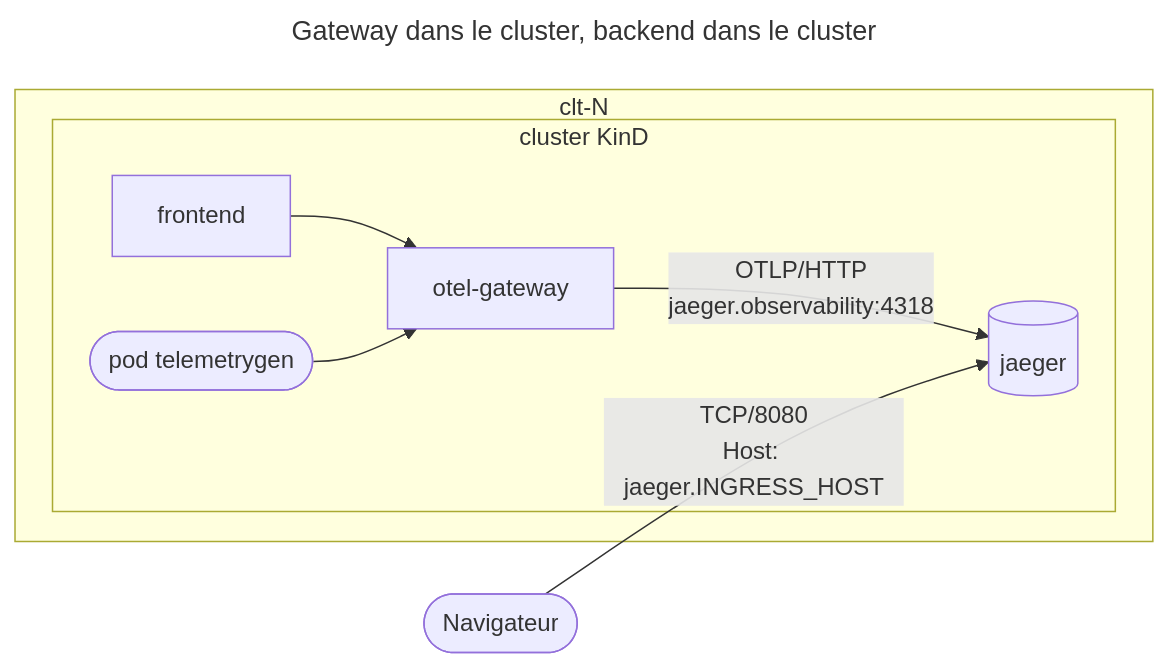
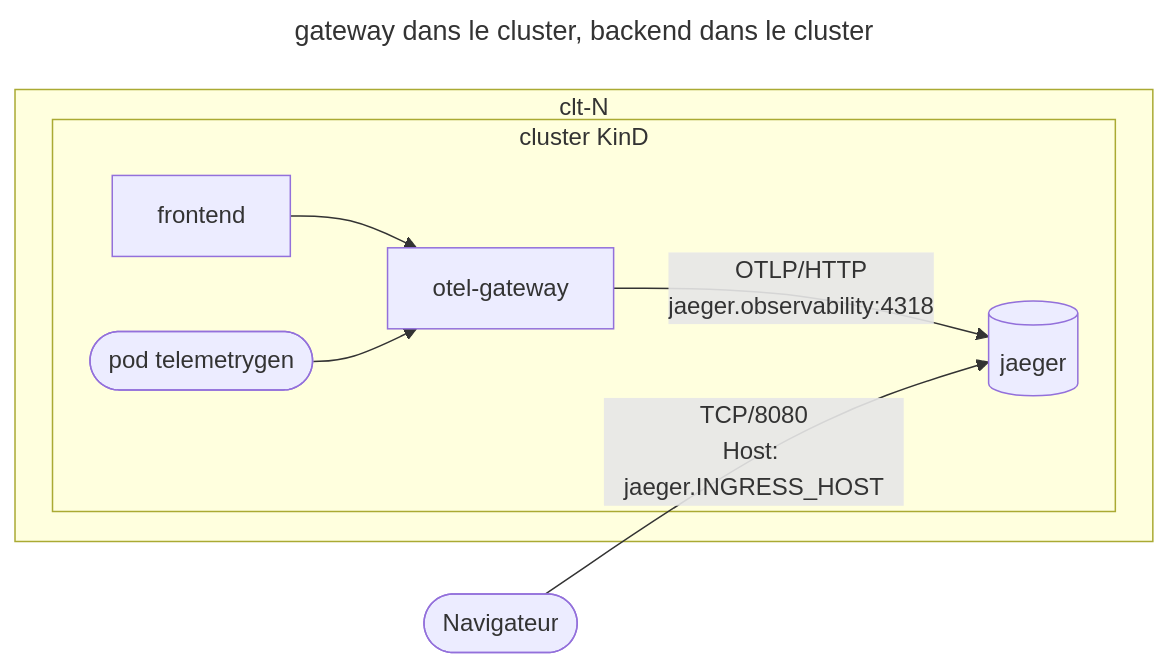
The second of 3 diagrams in Lab_TP03_Kubernetes.md (pragmatic-fermat/opentelemetry-labs), drawn with Mermaid before and after one commit. The commit also changed other lines of this file and 10 other files, not shown here.

````diff
--- a/Lab_TP03_Kubernetes.md
+++ b/Lab_TP03_Kubernetes.md
@@ -251,14 +251,14 @@
 ```mermaid
 ---
-title: Gateway dans le cluster, backend dans le cluster
+title: gateway dans le cluster, backend dans le cluster
 ---
 flowchart LR
   subgraph CLT["clt-N"]
     subgraph K["cluster KinD"]
       A[frontend] --> GW[otel-gateway]
       GW -->|OTLP/HTTP<br/>jaeger.observability:4318| J[(jaeger)]
       TG([pod telemetrygen]) --> GW
     end
   end
   B([Navigateur]) -->|TCP/8080<br/>Host: jaeger.INGRESS_HOST| J
 ```
````
